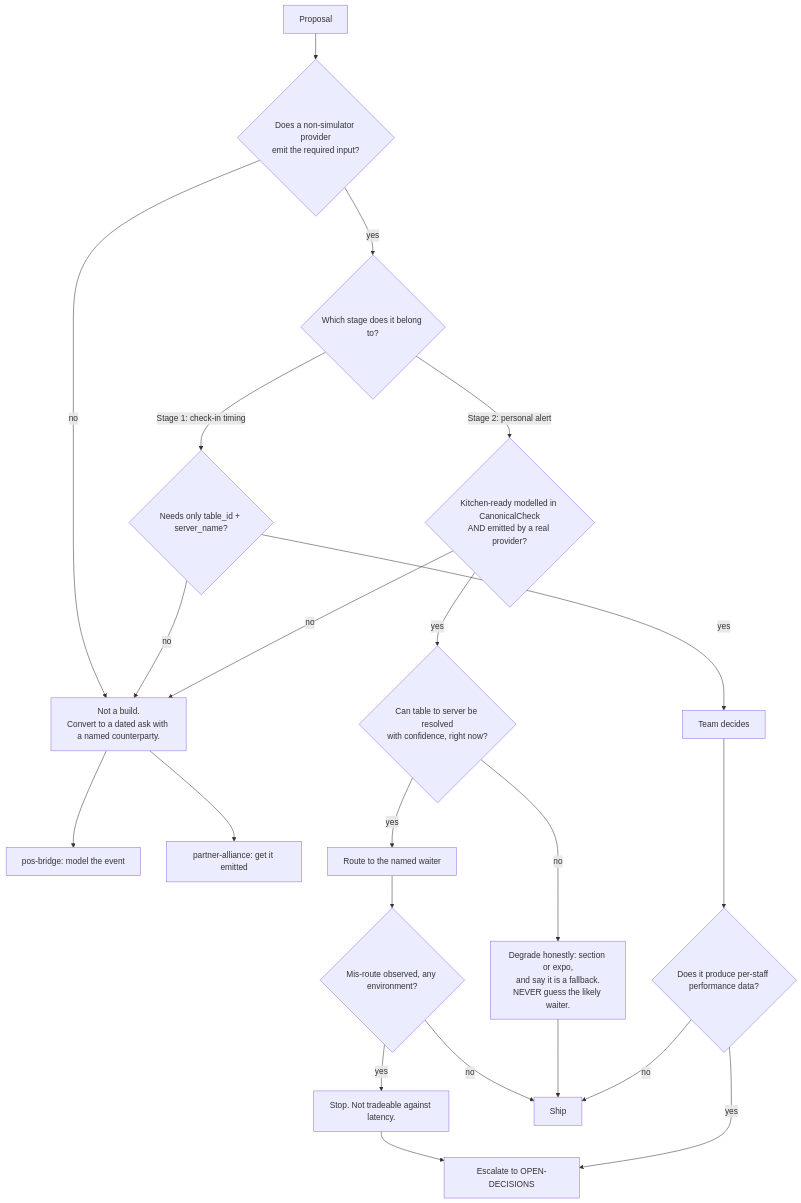
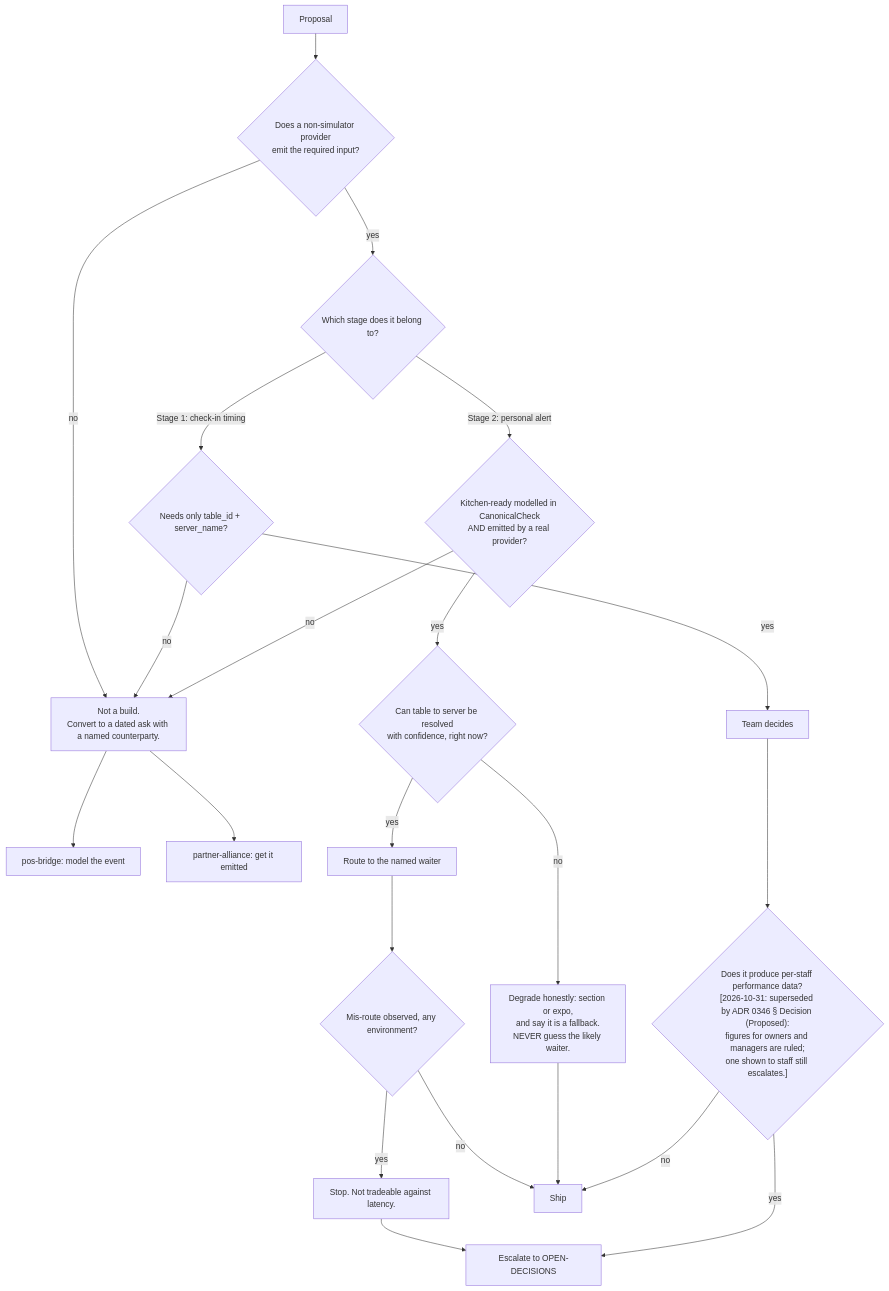
One commit to aldemirkonuk/RestaurantAIAutomation changed the diagram in .planning/01-org/product/product-vision/teams/service-floor/service-floor-directive.md. Above: the diagram before and after it, drawn with Mermaid. The commit also changed other lines of this file and 3 other files, not shown here.

First line of the commit message:
docs: ADR 0345 part 2 of 3; bracket the service-floor charter, directive and agenda

````diff
--- a/.planning/01-org/product/product-vision/teams/service-floor/service-floor-directive.md
+++ b/.planning/01-org/product/product-vision/teams/service-floor/service-floor-directive.md
@@ -20,29 +20,29 @@
 ```mermaid
 graph TD
   A[Proposal] --> B{Does a non-simulator provider<br/>emit the required input?}
   B -->|no| C[Not a build.<br/>Convert to a dated ask with a named counterparty.]
   C --> C1[pos-bridge: model the event]
   C --> C2[partner-alliance: get it emitted]
   B -->|yes| D{Which stage does it belong to?}
 
   D -->|Stage 1: check-in timing| E{Needs only table_id + server_name?}
   E -->|yes| F[Team decides]
   E -->|no| C
 
   D -->|Stage 2: personal alert| G{Kitchen-ready modelled in CanonicalCheck<br/>AND emitted by a real provider?}
   G -->|no| C
   G -->|yes| H{Can table to server be resolved<br/>with confidence, right now?}
 
   H -->|yes| I[Route to the named waiter]
   H -->|no| J[Degrade honestly: section or expo,<br/>and say it is a fallback.<br/>NEVER guess the likely waiter.]
 
   I --> K{Mis-route observed, any environment?}
   K -->|yes| L[Stop. Not tradeable against latency.]
   K -->|no| M[Ship]
   J --> M
 
   L --> N[Escalate to OPEN-DECISIONS]
-  F --> O{Does it produce per-staff performance data?}
+  F --> O{"Does it produce per-staff performance data?<br/>[2026-10-31: superseded by ADR 0346 § Decision (Proposed):<br/>figures for owners and managers are ruled;<br/>one shown to staff still escalates.]"}
   O -->|yes| N
   O -->|no| M
 ```
````
